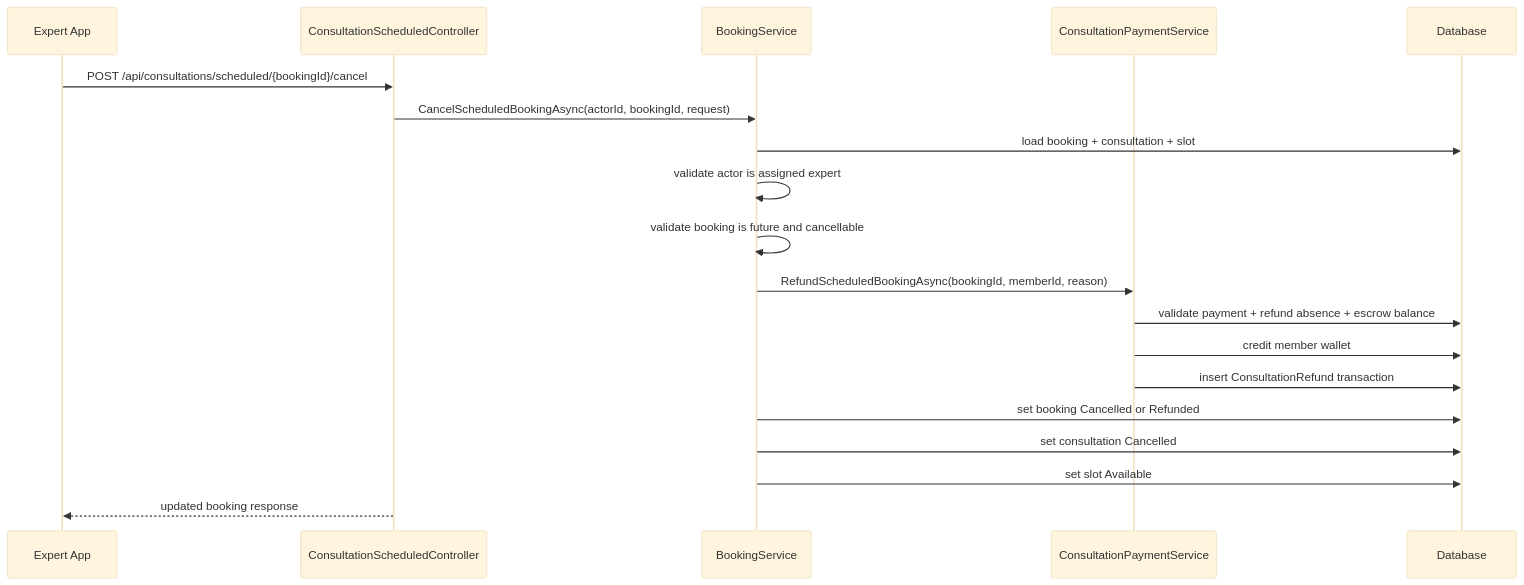
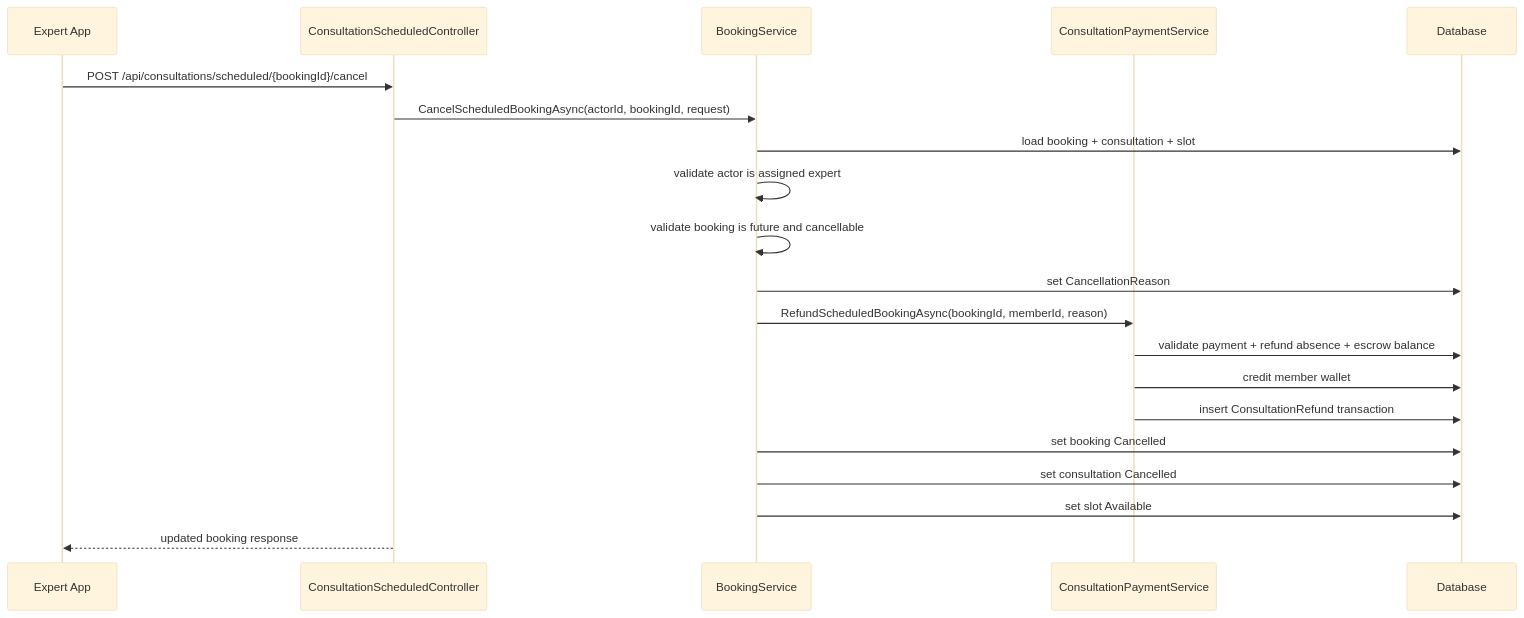
The fourth of 5 diagrams in Docs/05-Backend/02-layers/scheduled-booking-cancel/scheduled-booking-cancel.sourcecode.md (Snake-AID/SnakeAid.Docs), drawn with Mermaid (base theme) before and after one commit. The commit also changed other lines of this file and 3 other files, not shown here.

First line of the commit message:
docs(scheduled-booking-cancel): lock cancellation reason and status decisions

````diff
--- a/Docs/05-Backend/02-layers/scheduled-booking-cancel/scheduled-booking-cancel.sourcecode.md
+++ b/Docs/05-Backend/02-layers/scheduled-booking-cancel/scheduled-booking-cancel.sourcecode.md
@@ -247,22 +268,23 @@
 ```mermaid
 sequenceDiagram
     participant Expert as Expert App
     participant Api as ConsultationScheduledController
     participant Booking as BookingService
     participant Payment as ConsultationPaymentService
     participant DB as Database
 
     Expert->>Api: POST /api/consultations/scheduled/{bookingId}/cancel
     Api->>Booking: CancelScheduledBookingAsync(actorId, bookingId, request)
     Booking->>DB: load booking + consultation + slot
     Booking->>Booking: validate actor is assigned expert
     Booking->>Booking: validate booking is future and cancellable
+    Booking->>DB: set CancellationReason
     Booking->>Payment: RefundScheduledBookingAsync(bookingId, memberId, reason)
     Payment->>DB: validate payment + refund absence + escrow balance
     Payment->>DB: credit member wallet
     Payment->>DB: insert ConsultationRefund transaction
-    Booking->>DB: set booking Cancelled or Refunded
+    Booking->>DB: set booking Cancelled
     Booking->>DB: set consultation Cancelled
     Booking->>DB: set slot Available
     Api-->>Expert: updated booking response
 ```
````
